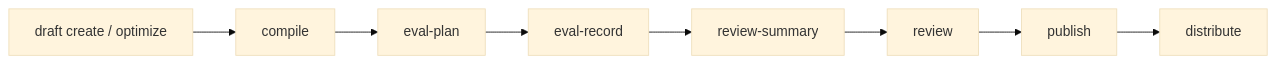
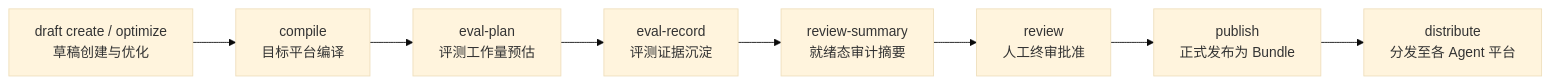
Before and after one commit to rpamis/comet-website-docs: the first of 2 diagrams in zh/cli/bundle.mdx, drawn with Mermaid (base theme). The commit also changed other lines of this file and 76 other files, not shown here.

````diff
--- a/zh/cli/bundle.mdx
+++ b/zh/cli/bundle.mdx
@@ -19,10 +19,10 @@
 ```mermaid
 flowchart LR
-  A["draft create / optimize"] --> B["compile"]
-  B --> C["eval-plan"]
-  C --> D["eval-record"]
-  D --> E["review-summary"]
-  E --> F["review"]
-  F --> G["publish"]
-  G --> H["distribute"]
+  A["draft create / optimize<br/>草稿创建与优化"] --> B["compile<br/>目标平台编译"]
+  B --> C["eval-plan<br/>评测工作量预估"]
+  C --> D["eval-record<br/>评测证据沉淀"]
+  D --> E["review-summary<br/>就绪态审计摘要"]
+  E --> F["review<br/>人工终审批准"]
+  F --> G["publish<br/>正式发布为 Bundle"]
+  G --> H["distribute<br/>分发至各 Agent 平台"]
 ```
````
